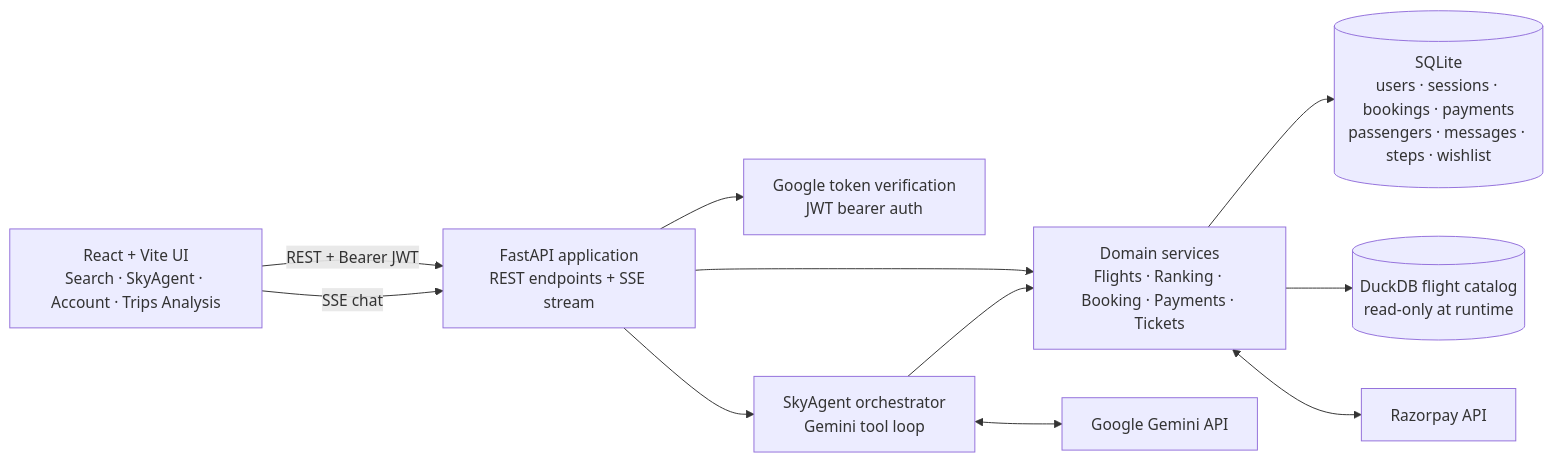
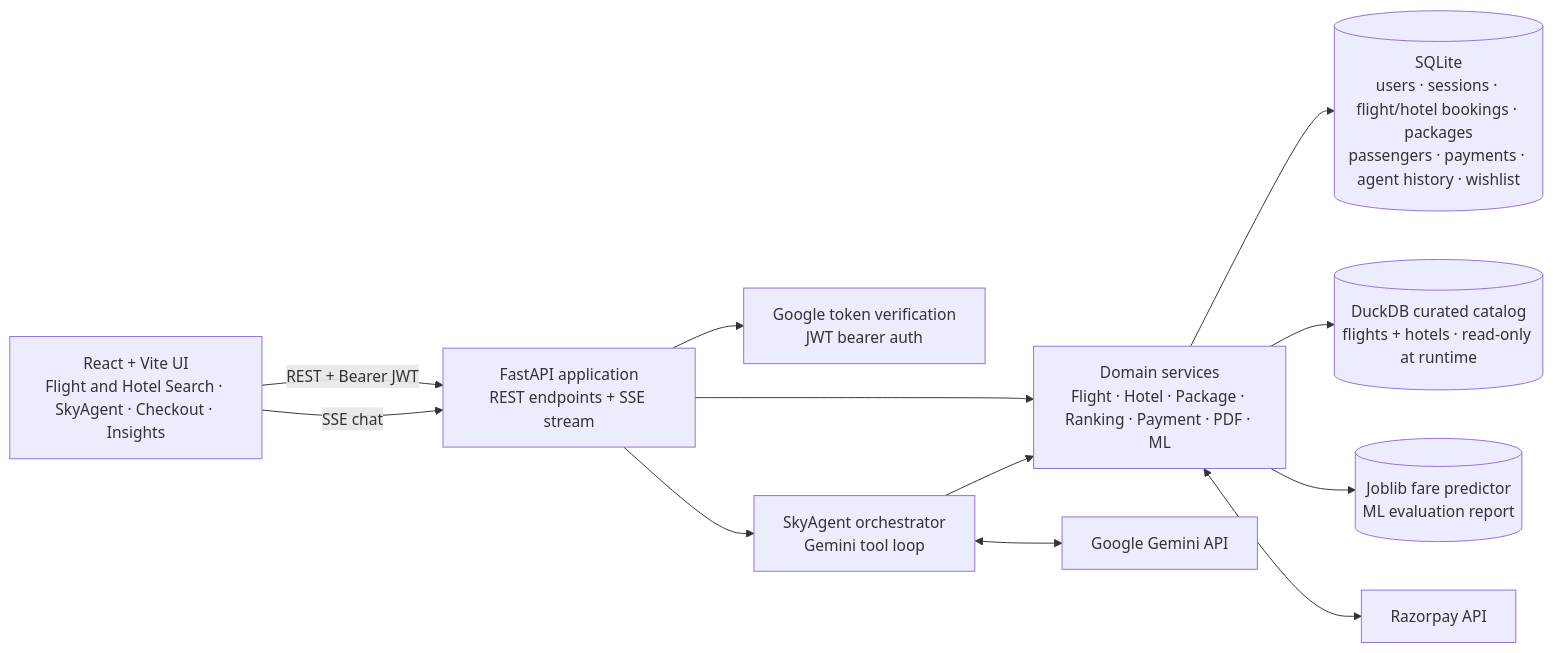
Before and after one commit to Ramanchaudhary2005/AI-Powered-Multi-Agent-Travel-Planning-and-Booking-Assistant: the diagram in readme.md, drawn with Mermaid. The commit also changed other lines of this file, not shown here.

````diff
--- a/readme.md
+++ b/readme.md
@@ -50,23 +68,25 @@
 ```mermaid
 flowchart LR
-  Browser[React + Vite UI\nSearch · SkyAgent · Account · Trips Analysis]
+  Browser[React + Vite UI\nFlight and Hotel Search · SkyAgent · Checkout · Insights]
   API[FastAPI application\nREST endpoints + SSE stream]
   Auth[Google token verification\nJWT bearer auth]
   Agent[SkyAgent orchestrator\nGemini tool loop]
-  Services[Domain services\nFlights · Ranking · Booking · Payments · Tickets]
-  SQLite[(SQLite\nusers · sessions · bookings · payments\npassengers · messages · steps · wishlist)]
-  DuckDB[(DuckDB flight catalog\nread-only at runtime)]
+  Services[Domain services\nFlight · Hotel · Package · Ranking · Payment · PDF · ML]
+  SQLite[(SQLite\nusers · sessions · flight/hotel bookings · packages\npassengers · payments · agent history · wishlist)]
+  DuckDB[(DuckDB curated catalog\nflights + hotels · read-only at runtime)]
+  Models[(Joblib fare predictor\nML evaluation report)]
   Gemini[Google Gemini API]
   Razorpay[Razorpay API]
 
   Browser -->|REST + Bearer JWT| API
   Browser -->|SSE chat| API
   API --> Auth
   API --> Agent
   Agent <--> Gemini
   API --> Services
   Agent --> Services
   Services --> SQLite
   Services --> DuckDB
+  Services --> Models
   Services <--> Razorpay
 ```
````
